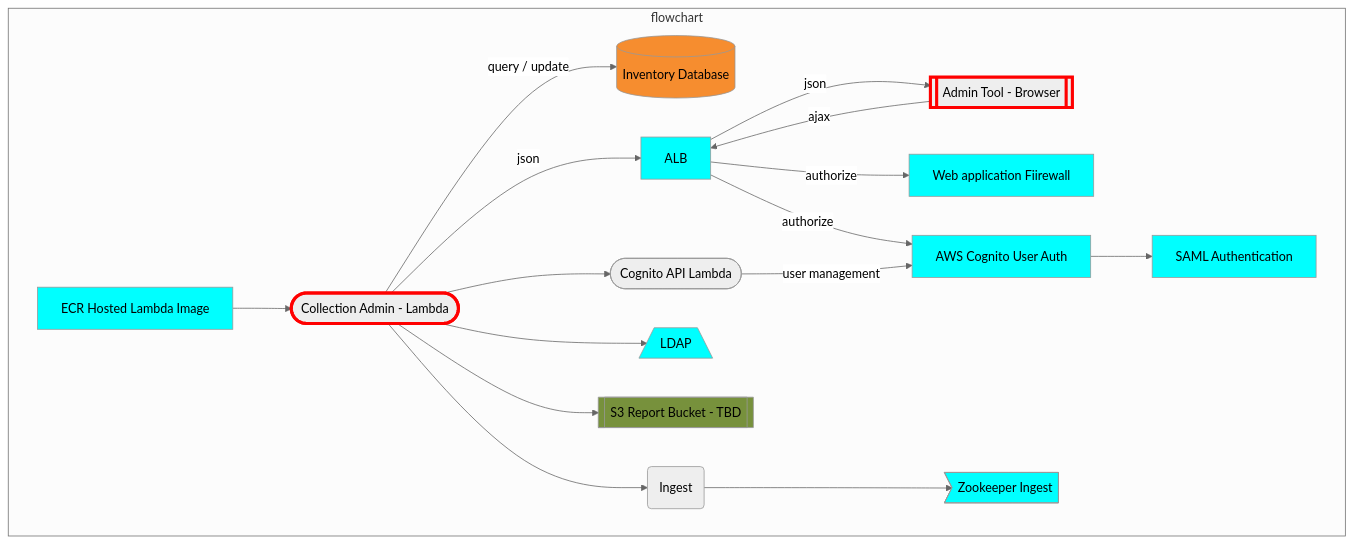
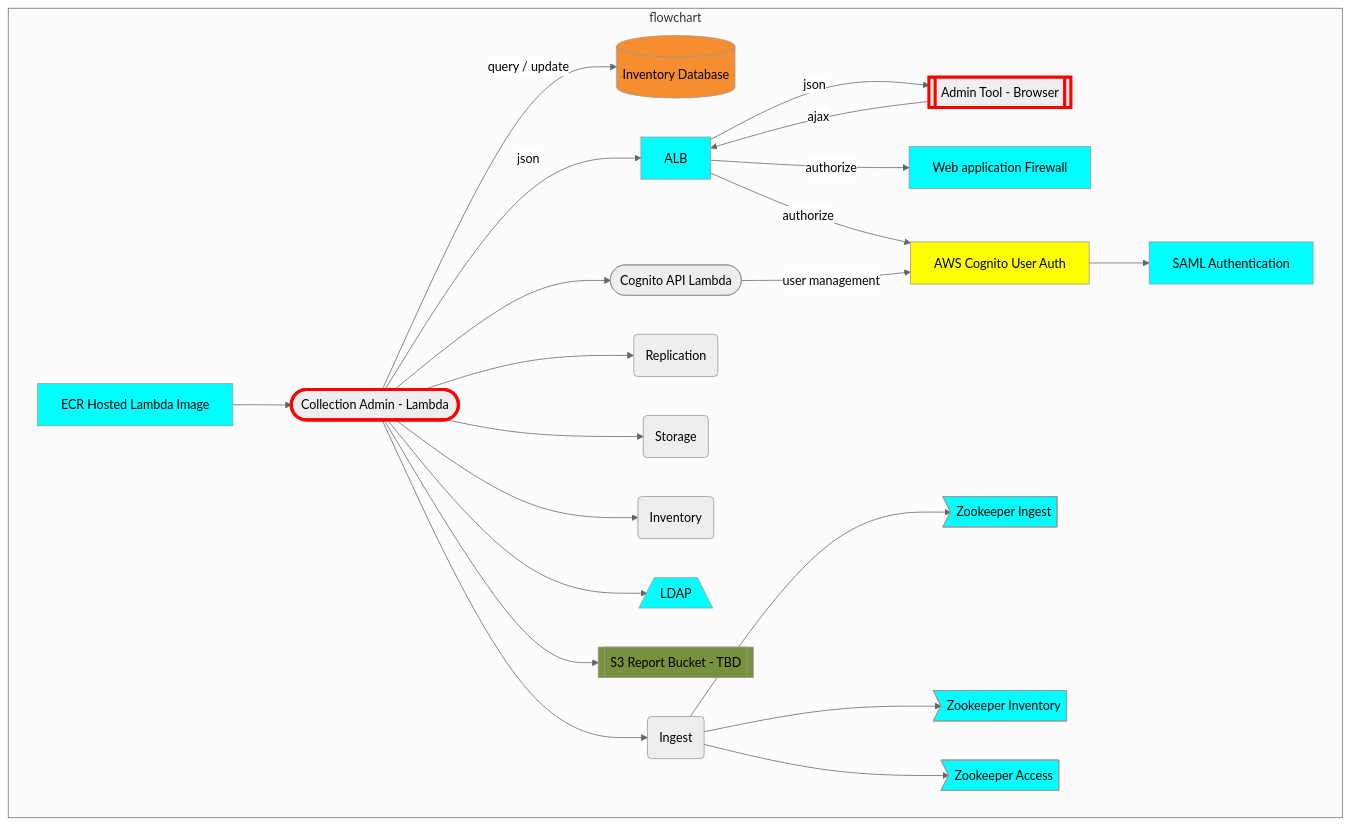
One commit to CDLUC3/mrt-doc changed the diagram in diagrams/colladmin.mmd. Above: the diagram before and after it, drawn with Mermaid. The commit also changed 3 other files, not shown here.

Commit message:
diagram updates

```diff
--- a/diagrams/colladmin.mmd
+++ b/diagrams/colladmin.mmd
@@ -1,48 +1,61 @@
 %%{init: {'theme': 'neutral', 'securityLevel': 'loose'}}%%
 graph TD
   RDSINV[(Inventory Database)]
   COLLADMIN([Collection Admin - Lambda])
   click COLLADMIN href "https://github.com/CDLUC3/mrt-admin-lambda" "source code"
   ADMINWEB[[Admin Tool - Browser]]
   click ADMINWEB href "https://github.com/CDLUC3/mrt-admin-lambda" "source code"
   COGLAMB([Cognito API Lambda])
   click COGLAMB href "https://github.com/CDLUC3/mrt-admin-lambda/cognito-lambda-nonvpc" "source code"
-  WAF[Web application Fiirewall]
+  WAF[Web application Firewall]
   COG[AWS Cognito User Auth]
   SAML[SAML Authentication]
   ECR[ECR Hosted Lambda Image]
   ING(Ingest)
+  INV(Inventory)
+  STORE(Storage)
+  REP(Replication)
   click ING href "https://github.com/CDLUC3/mrt-ingest" "source code"
   ZOOING>Zookeeper Ingest]
   click ZOOING href "https://github.com/CDLUC3/mrt-zoo" "source code"
   LDAP[/LDAP\]
+  ZOOINV>Zookeeper Inventory]
+  ZOOACC>Zookeeper Access]
   S3RPT[[S3 Report Bucket - TBD]]
 
   subgraph flowchart
     COLLADMIN --> |"query / update"| RDSINV
     COLLADMIN --> |json| ALB
     ADMINWEB --> |ajax| ALB
     ALB --> |json| ADMINWEB
     ALB --> |authorize| WAF
     ALB --> |authorize| COG
     ECR --> COLLADMIN
     COLLADMIN --> ING
+    COLLADMIN --> REP
+    COLLADMIN --> STORE
+    COLLADMIN --> INV
     COLLADMIN --> LDAP
     COLLADMIN --> S3RPT
     COLLADMIN --> COGLAMB
     COGLAMB --> |user management| COG
     COG --> SAML
     ING --> ZOOING
+    ING --> ZOOINV
+    ING --> ZOOACC
   end
   
   style RDSINV fill:#F68D2F
   style COLLADMIN stroke:red,stroke-width:4px
   style ADMINWEB stroke:red,stroke-width:4px
   style ALB fill:cyan
   style WAF fill:cyan
   style COG fill:cyan
   style ECR fill:cyan
   style ZOOING fill:cyan
+  style ZOOINV fill:cyan
+  style ZOOACC fill:cyan
   style LDAP fill:cyan
   style S3RPT fill:#77913C
   style SAML fill:cyan
+  style COG fill:yellow
```
